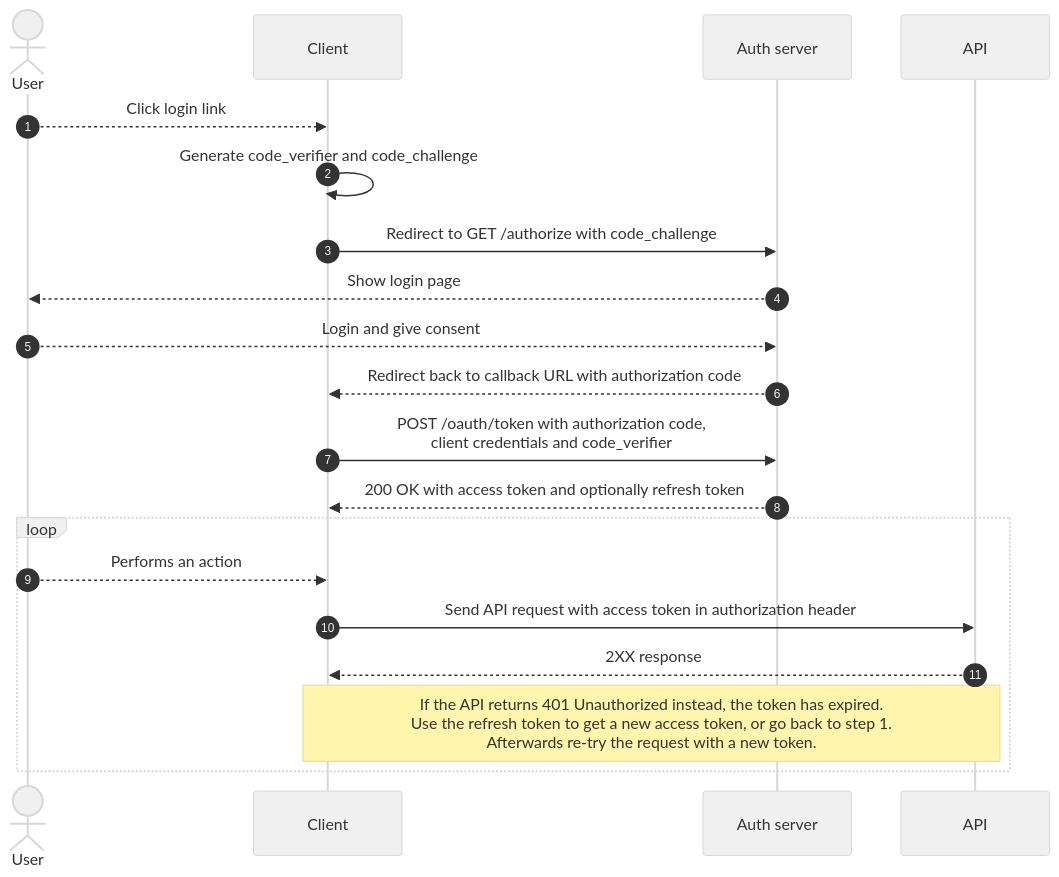
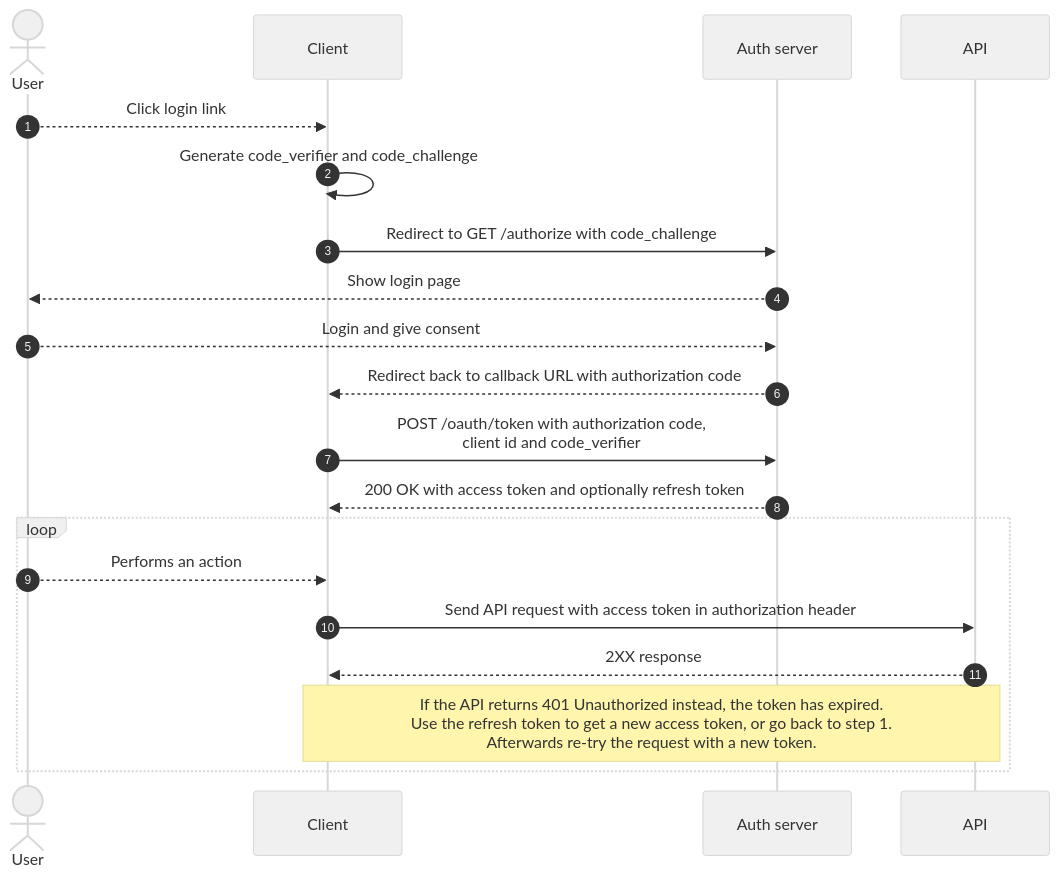
The second of 2 diagrams in projects/authentication/docs/user-access-token.md (cultuurnet/apidocs), drawn with Mermaid before and after one commit. The commit also changed other lines of this file, not shown here.

Commit message:
PKCE flow does not use client secret

````diff
--- a/projects/authentication/docs/user-access-token.md
+++ b/projects/authentication/docs/user-access-token.md
@@ -82,20 +82,20 @@
 ```mermaid
 %%{init: {'theme':'base', 'themeVariables': { 'primaryColor': '#f0f0f0', 'fontFamily': 'Helvetica' }, 'sequence': { 'actorFontFamily': 'Helvetica', 'noteFontFamily': 'Helvetica', 'messageFontFamily': 'Helvetica' } }}%%
 sequenceDiagram
     autonumber
     actor User
     User-->>Client: Click login link
     Client->>Client: Generate code_verifier and code_challenge
     Client->>Auth server: Redirect to GET /authorize with code_challenge
     Auth server-->>User: Show login page
     User-->>Auth server: Login and give consent
     Auth server-->>Client: Redirect back to callback URL with authorization code
-    Client->>Auth server: POST /oauth/token with authorization code,<br /> client credentials and code_verifier
+    Client->>Auth server: POST /oauth/token with authorization code,<br /> client id and code_verifier
     Auth server-->>Client: 200 OK with access token and optionally refresh token
     loop
         User-->>Client: Performs an action
         Client->>API: Send API request with access token in authorization header
         API-->>Client: 2XX response
         note over API,Client: If the API returns 401 Unauthorized instead, the token has expired.<br />Use the refresh token to get a new access token, or go back to step 1.<br /> Afterwards re-try the request with a new token.
     end
 ```
````
